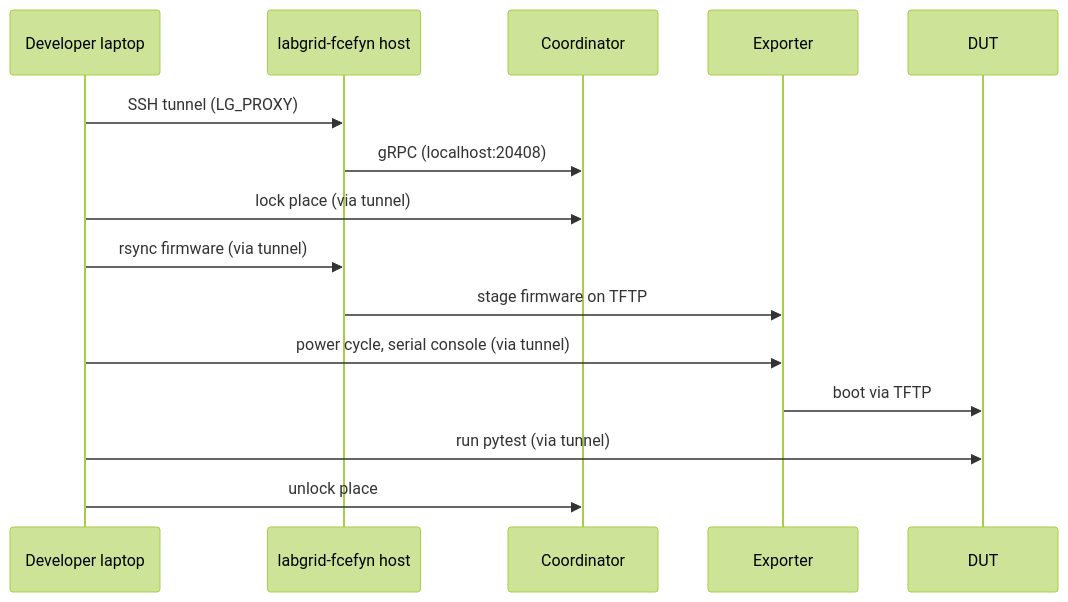
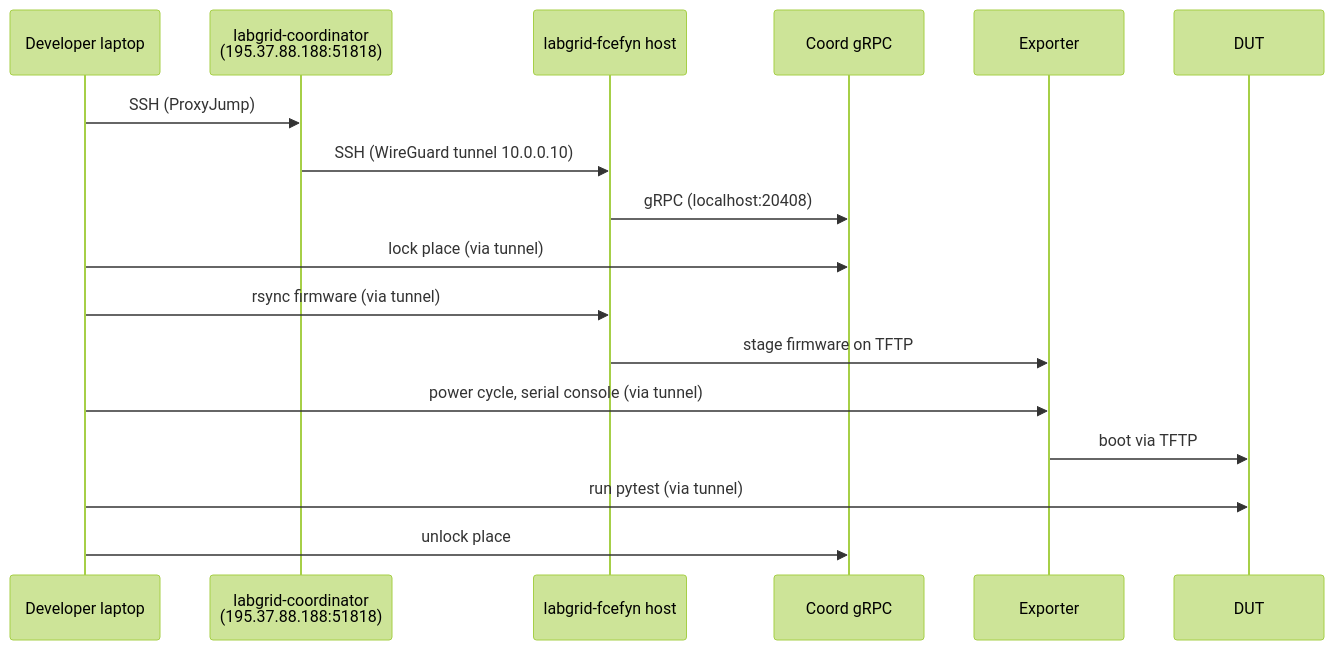
One commit to ccasanueva7/fcefyn_testbed_utils changed the first of 2 diagrams in docs/operar/developer-remote-access.md. Above: the diagram before and after it, drawn with Mermaid (forest theme). The commit also changed other lines of this file and 2 other files, not shown here.

Commit message:
docs(remote-access): replace ZeroTier with upstream coordinator ProxyJump for developers

````diff
--- a/docs/operar/developer-remote-access.md
+++ b/docs/operar/developer-remote-access.md
@@ -13,18 +13,20 @@
 ```mermaid
 sequenceDiagram
     participant Dev as Developer laptop
+    participant LGC as labgrid-coordinator<br/>(195.37.88.188:51818)
     participant Host as labgrid-fcefyn host
-    participant Coord as Coordinator
+    participant Coord as Coord gRPC
     participant Exp as Exporter
     participant DUT as DUT
 
-    Dev->>Host: SSH tunnel (LG_PROXY)
+    Dev->>LGC: SSH (ProxyJump)
+    LGC->>Host: SSH (WireGuard tunnel 10.0.0.10)
     Host->>Coord: gRPC (localhost:20408)
     Dev->>Coord: lock place (via tunnel)
     Dev->>Host: rsync firmware (via tunnel)
     Host->>Exp: stage firmware on TFTP
     Dev->>Exp: power cycle, serial console (via tunnel)
     Exp->>DUT: boot via TFTP
     Dev->>DUT: run pytest (via tunnel)
     Dev->>Coord: unlock place
 ```
````
